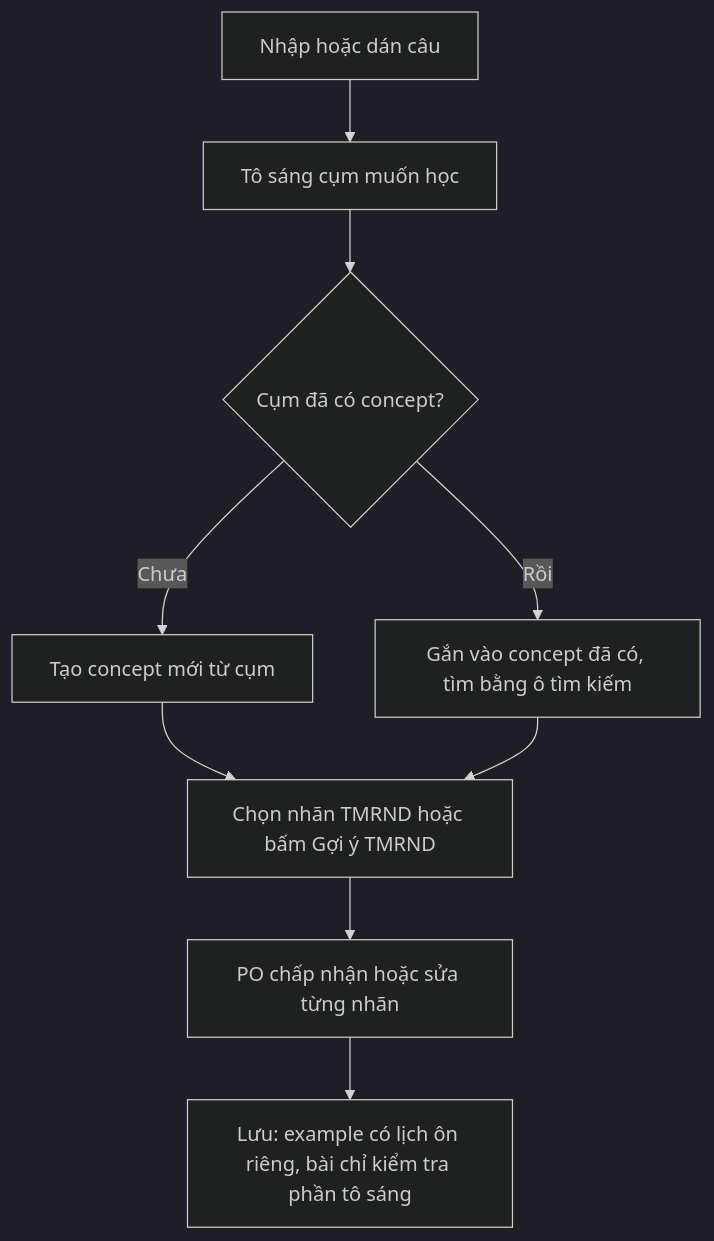
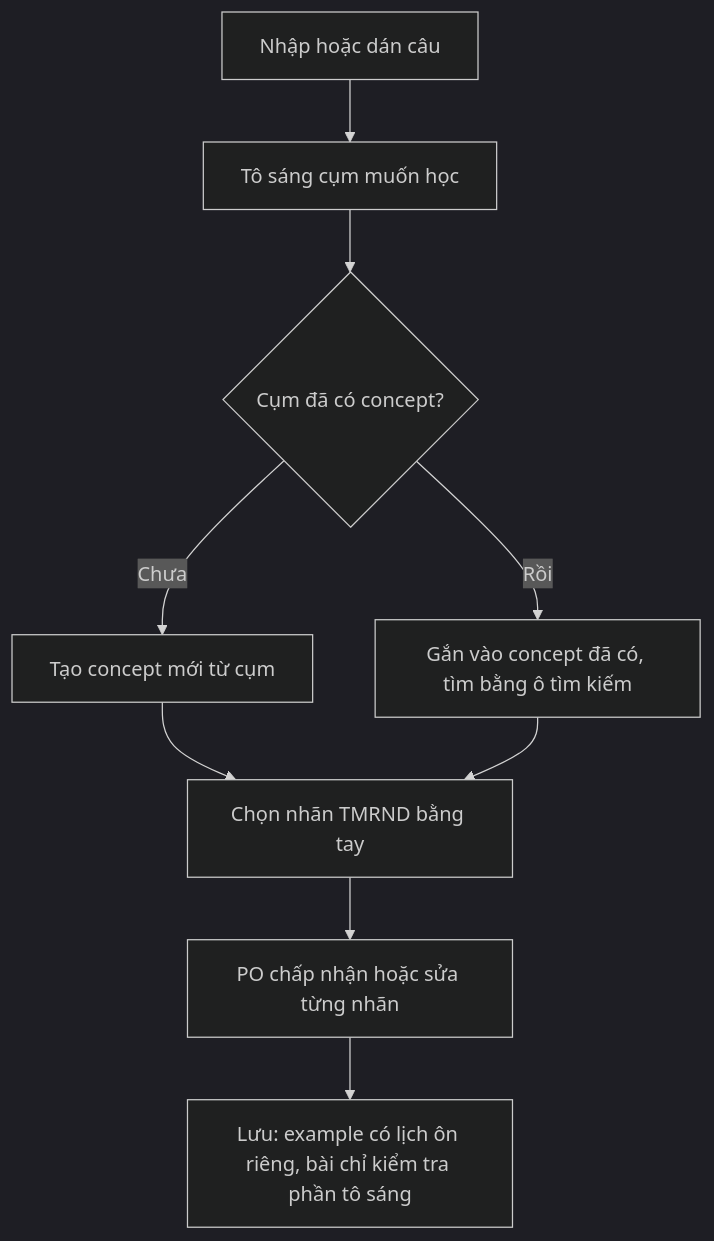
Before and after one commit to thnhu/duo: the sixth of 6 diagrams in docs/user-journey.md, drawn with Mermaid (dark theme). The commit also changed other lines of this file and 20 other files, not shown here.

````diff
--- a/docs/user-journey.md
+++ b/docs/user-journey.md
@@ -351,11 +351,11 @@
 ```mermaid
 flowchart TD
     A["Nhập hoặc dán câu"] --> B["Tô sáng cụm muốn học"]
     B --> C{"Cụm đã có concept?"}
     C -- Chưa --> D["Tạo concept mới từ cụm"]
     C -- Rồi --> E["Gắn vào concept đã có, tìm bằng ô tìm kiếm"]
-    D --> F["Chọn nhãn TMRND hoặc bấm Gợi ý TMRND"]
+    D --> F["Chọn nhãn TMRND bằng tay"]
     E --> F
     F --> G["PO chấp nhận hoặc sửa từng nhãn"]
     G --> H["Lưu: example có lịch ôn riêng, bài chỉ kiểm tra phần tô sáng"]
 ```
````
